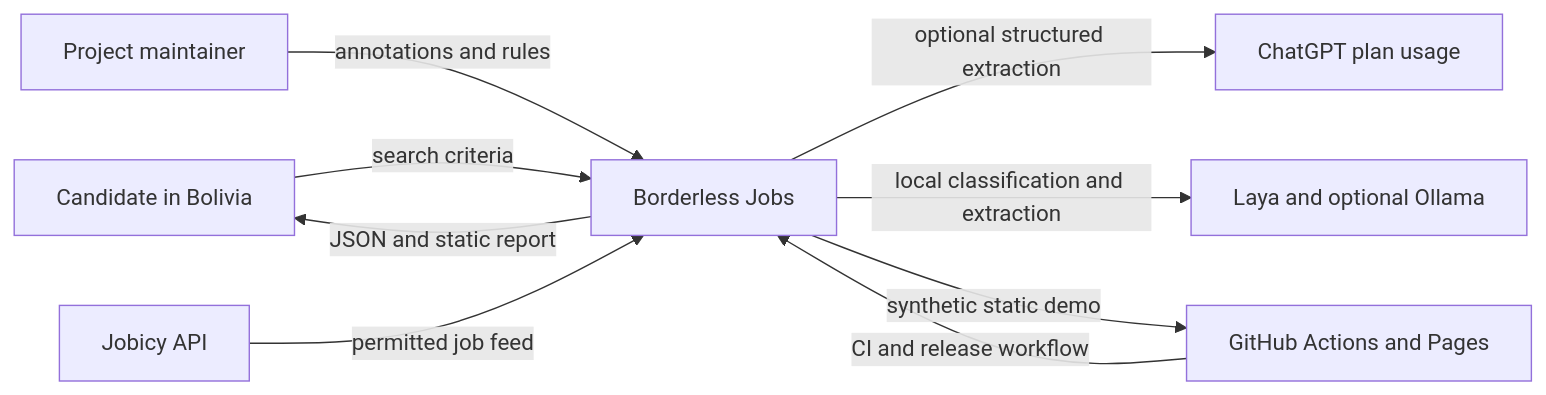
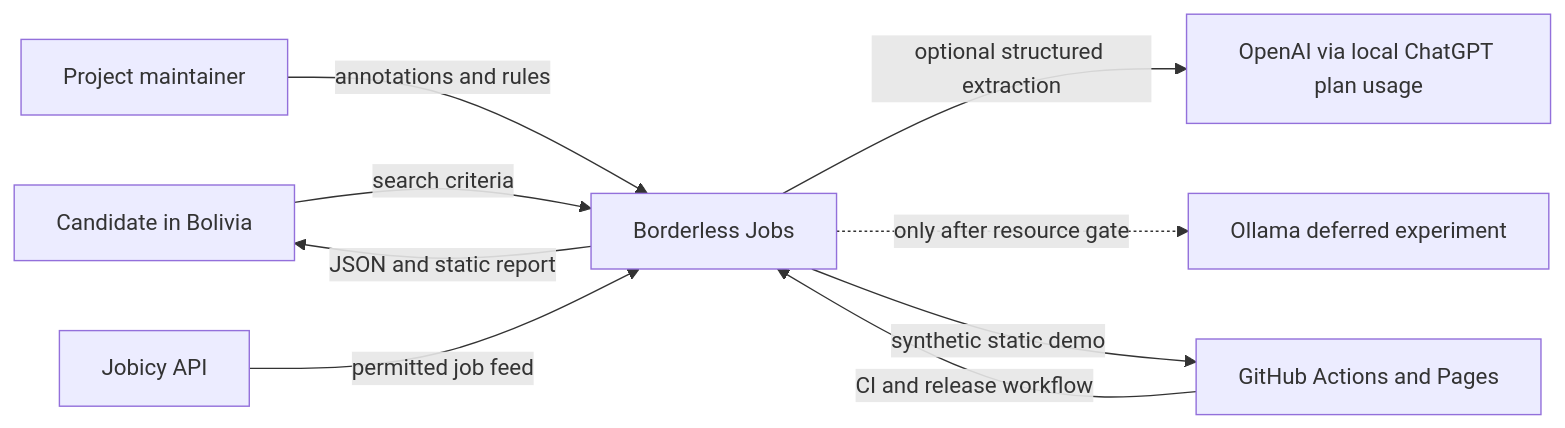
One commit to rkressm/borderless-jobs changed the first of 3 diagrams in docs/architecture.md. Above: the diagram before and after it, drawn with Mermaid. The commit also changed other lines of this file and 6 other files, not shown here.

Commit message:
docs: replace Laya roadmap with local ChatGPT plan extraction

````diff
--- a/docs/architecture.md
+++ b/docs/architecture.md
@@ -94,19 +94,19 @@
 ```mermaid
 flowchart LR
     Candidate[Candidate in Bolivia]
     Maintainer[Project maintainer]
     Jobicy[Jobicy API]
-    ChatGPT[ChatGPT plan usage]
-    LocalModels[Laya and optional Ollama]
+    ChatGPT[OpenAI via local ChatGPT plan usage]
+    LocalModels[Ollama deferred experiment]
     GitHub[GitHub Actions and Pages]
     System[Borderless Jobs]
 
     Candidate -->|search criteria| System
     System -->|JSON and static report| Candidate
     Maintainer -->|annotations and rules| System
     Jobicy -->|permitted job feed| System
     System -->|optional structured extraction| ChatGPT
-    System -->|local classification and extraction| LocalModels
+    System -.->|only after resource gate| LocalModels
     GitHub -->|CI and release workflow| System
     System -->|synthetic static demo| GitHub
 ```
````
